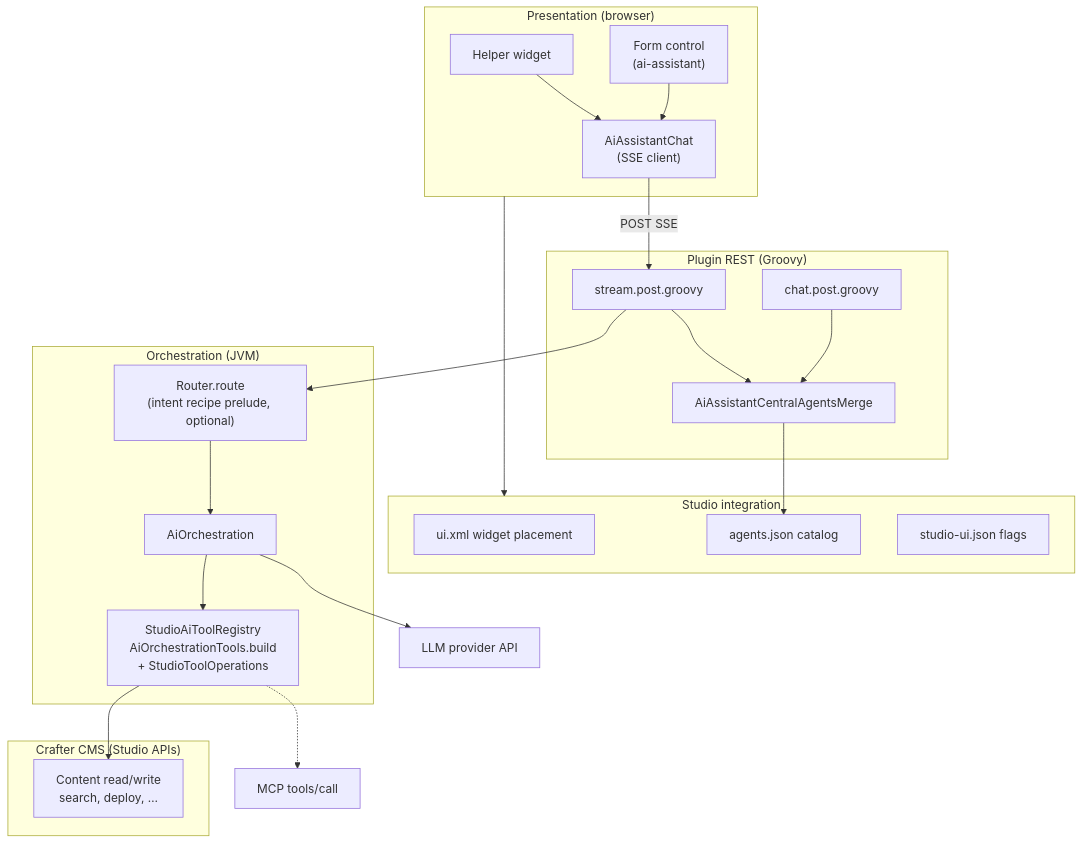
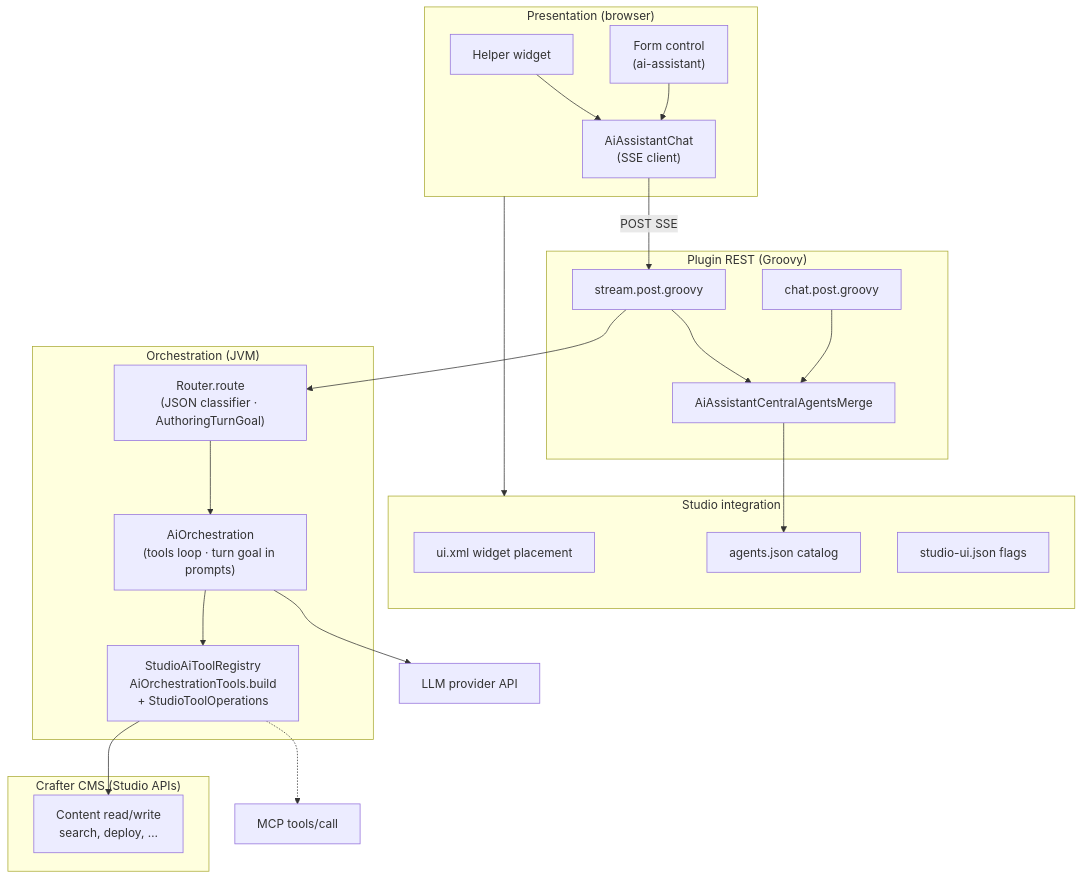
Before and after one commit to craftercms/ai-assistant-plugin: the second of 14 diagrams in docs/architecture-diagrams.md, drawn with Mermaid. The commit also changed other lines of this file and 30 other files, not shown here.

Commit message:
Add turn-goal routing, new-content WriteContent validation, and spec/docs/tests.

````diff
--- a/docs/architecture-diagrams.md
+++ b/docs/architecture-diagrams.md
@@ -86,44 +87,44 @@
 ```mermaid
 flowchart TB
   subgraph presentation["Presentation (browser)"]
     Helper["Helper widget"]
     FormCtl["Form control\n(ai-assistant)"]
     Chat["AiAssistantChat\n(SSE client)"]
     Helper --> Chat
     FormCtl --> Chat
   end
 
   subgraph studioIntegration["Studio integration"]
     UiXml["ui.xml widget placement"]
     AgentsFile["agents.json catalog"]
     StudioUi["studio-ui.json flags"]
   end
 
   subgraph rest["Plugin REST (Groovy)"]
     Stream["stream.post.groovy"]
     ChatRest["chat.post.groovy"]
     Merge["AiAssistantCentralAgentsMerge"]
     Stream --> Merge
     ChatRest --> Merge
   end
 
   subgraph orchestration["Orchestration (JVM)"]
-    Recipes["Router.route\n(intent recipe prelude, optional)"]
-    Orch["AiOrchestration"]
+    Recipes["Router.route\n(JSON classifier · AuthoringTurnGoal)"]
+    Orch["AiOrchestration\n(tools loop · turn goal in prompts)"]
     Tools["StudioAiToolRegistry\nAiOrchestrationTools.build\n+ StudioToolOperations"]
     Stream --> Recipes
     Recipes --> Orch
     Orch --> Tools
   end
 
   subgraph cms["Crafter CMS (Studio APIs)"]
     ReadWrite["Content read/write\nsearch, deploy, …"]
   end
 
   Chat -->|"POST SSE"| Stream
   presentation --> studioIntegration
   Merge --> AgentsFile
   Tools --> ReadWrite
   Orch --> LLM["LLM provider API"]
   Tools -.-> MCP["MCP tools/call"]
 ```
````
